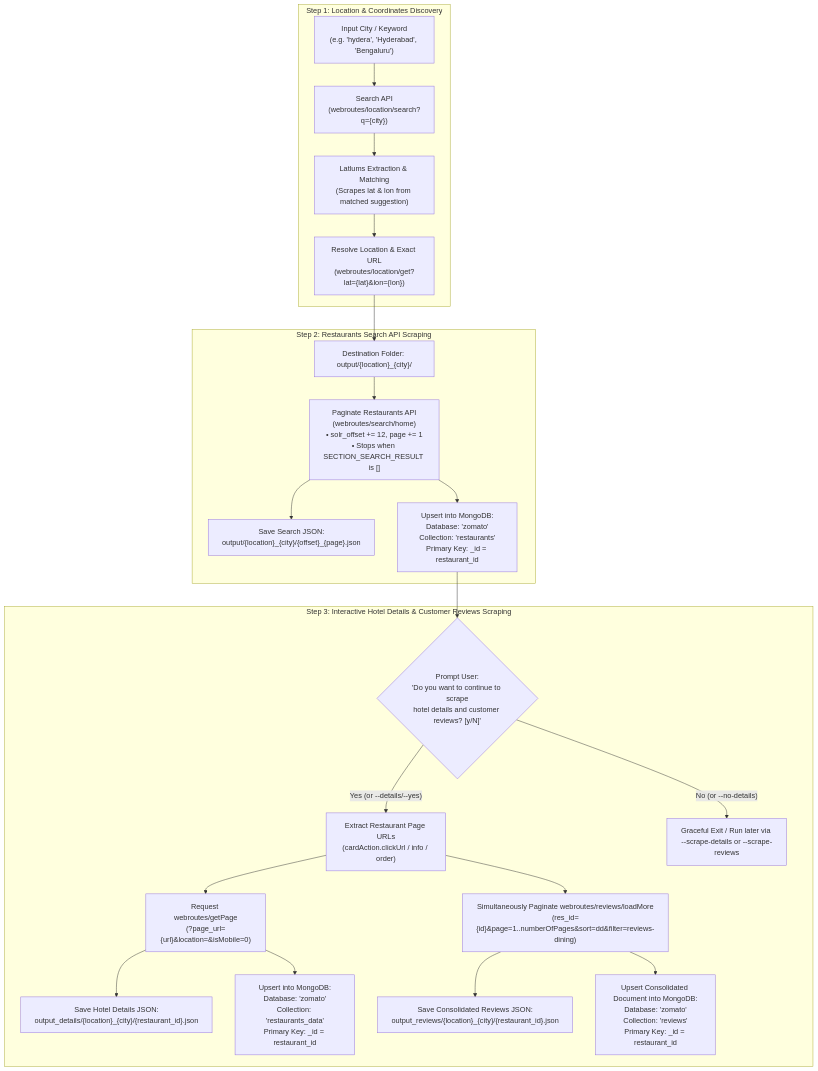
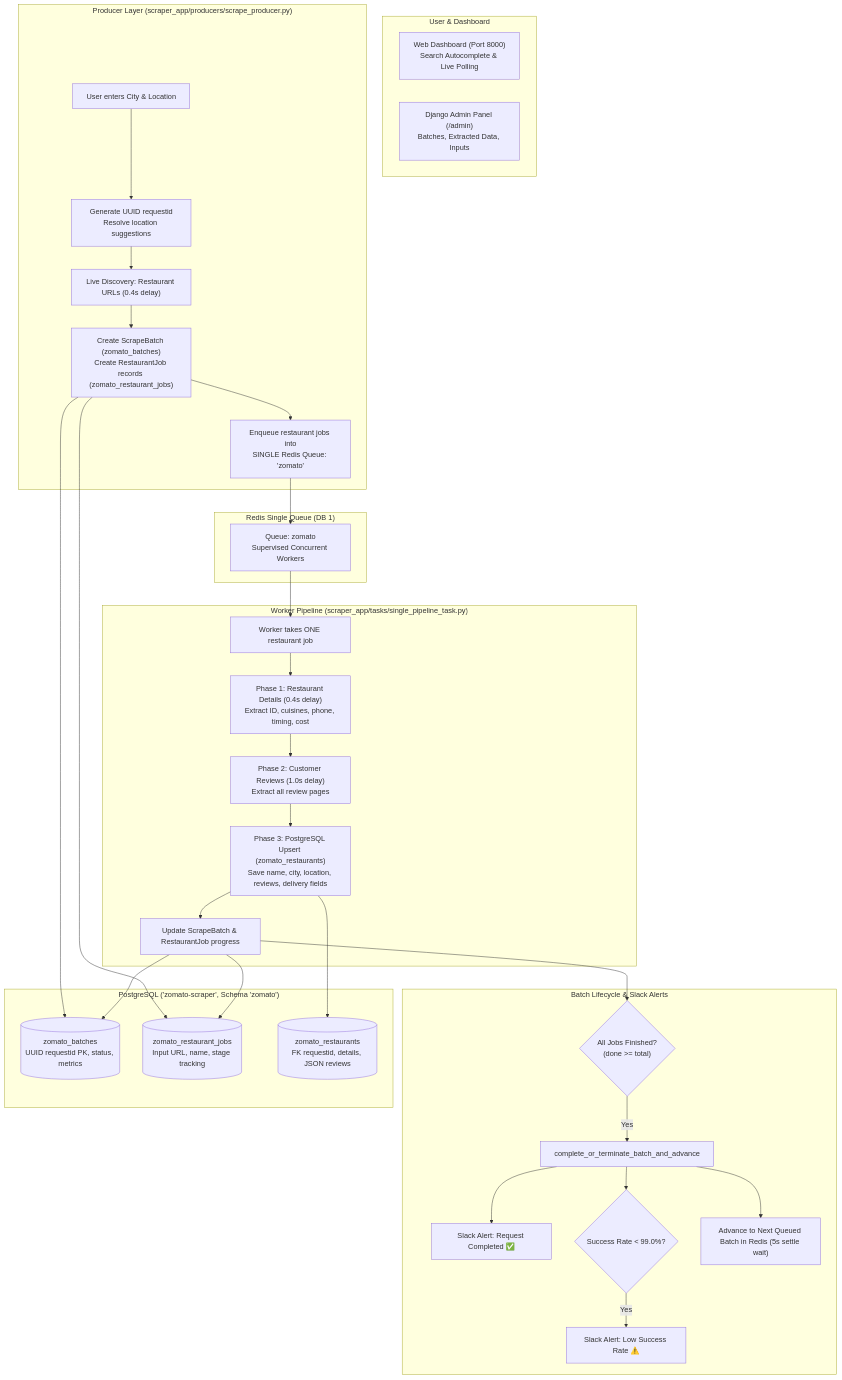
Before and after one commit to sekharchinta/zomato-scraper: the diagram in README.md, drawn with Mermaid. The commit also changed other lines of this file and 57 other files, not shown here.

Commit message:
feat: single redis queue architecture, postgresql schema, clean admin panel, slack alerts, and sanitized config

````diff
--- a/README.md
+++ b/README.md
@@ -9,27 +35,41 @@
 ```mermaid
 flowchart TD
-    subgraph Step1["Step 1: Location & Coordinates Discovery"]
-        A["Input City / Keyword\n(e.g. 'hydera', 'Hyderabad', 'Bengaluru')"] --> B["Search API\n(webroutes/location/search?q={city})"]
-        B --> C["Latlums Extraction & Matching\n(Scrapes lat & lon from matched suggestion)"]
-        C --> D["Resolve Location & Exact URL\n(webroutes/location/get?lat={lat}&lon={lon})"]
+    subgraph Client["User & Dashboard"]
+        UI["Web Dashboard (Port 8000)\nSearch Autocomplete & Live Polling"]
+        Admin["Django Admin Panel (/admin)\nBatches, Extracted Data, Inputs"]
     end
 
-    subgraph Step2["Step 2: Restaurants Search API Scraping"]
-        D --> E["Destination Folder: output/{location}_{city}/"]
-        E --> F["Paginate Restaurants API\n(webroutes/search/home)\n• solr_offset += 12, page += 1\n• Stops when SECTION_SEARCH_RESULT is []"]
-        F --> G["Save Search JSON:\noutput/{location}_{city}/{offset}_{page}.json"]
-        F --> H["Upsert into MongoDB:\nDatabase: 'zomato'\nCollection: 'restaurants'\nPrimary Key: _id = restaurant_id"]
+    subgraph Producer["Producer Layer (scraper_app/producers/scrape_producer.py)"]
+        A["User enters City & Location"] --> B["Generate UUID requestid\nResolve location suggestions"]
+        B --> C["Live Discovery: Restaurant URLs (0.4s delay)"]
+        C --> D["Create ScrapeBatch (zomato_batches)\nCreate RestaurantJob records (zomato_restaurant_jobs)"]
+        D --> E["Enqueue restaurant jobs into\nSINGLE Redis Queue: 'zomato'"]
     end
 
-    subgraph Step3["Step 3: Interactive Hotel Details & Customer Reviews Scraping"]
-        H --> I{"Prompt User:\n'Do you want to continue to scrape\nhotel details and customer reviews? [y/N]'"}
-        I -- "Yes (or --details/--yes)" --> J["Extract Restaurant Page URLs\n(cardAction.clickUrl / info / order)"]
-        I -- "No (or --no-details)" --> K["Graceful Exit / Run later via --scrape-details or --scrape-reviews"]
-        J --> L["Request webroutes/getPage\n(?page_url={url}&location=&isMobile=0)"]
-        L --> M["Save Hotel Details JSON:\noutput_details/{location}_{city}/{restaurant_id}.json"]
-        L --> N["Upsert into MongoDB:\nDatabase: 'zomato'\nCollection: 'restaurants_data'\nPrimary Key: _id = restaurant_id"]
-        J --> O["Simultaneously Paginate webroutes/reviews/loadMore\n(res_id={id}&page=1..numberOfPages&sort=dd&filter=reviews-dining)"]
-        O --> P["Save Consolidated Reviews JSON:\noutput_reviews/{location}_{city}/{restaurant_id}.json"]
-        O --> Q["Upsert Consolidated Document into MongoDB:\nDatabase: 'zomato'\nCollection: 'reviews'\nPrimary Key: _id = restaurant_id"]
+    subgraph SingleQueue["Redis Single Queue (DB 1)"]
+        E --> Q["Queue: zomato\nSupervised Concurrent Workers"]
+    end
+
+    subgraph WorkerPipeline["Worker Pipeline (scraper_app/tasks/single_pipeline_task.py)"]
+        Q --> W["Worker takes ONE restaurant job"]
+        W --> P1["Phase 1: Restaurant Details (0.4s delay)\nExtract ID, cuisines, phone, timing, cost"]
+        P1 --> P2["Phase 2: Customer Reviews (1.0s delay)\nExtract all review pages"]
+        P2 --> P3["Phase 3: PostgreSQL Upsert (zomato_restaurants)\nSave name, city, location, reviews, delivery fields"]
+        P3 --> UPD["Update ScrapeBatch & RestaurantJob progress"]
+    end
+
+    subgraph Completion["Batch Lifecycle & Slack Alerts"]
+        UPD --> FIN{"All Jobs Finished?\n(done >= total)"}
+        FIN -->|Yes| ADV["complete_or_terminate_batch_and_advance"]
+        ADV --> ALERT1["Slack Alert: Request Completed ✅"]
+        ADV --> CHK{"Success Rate < 99.0%?"}
+        CHK -->|Yes| ALERT2["Slack Alert: Low Success Rate ⚠️"]
+        ADV --> NEXT["Advance to Next Queued Batch in Redis (5s settle wait)"]
+    end
+
+    subgraph Database["PostgreSQL ('zomato-scraper', Schema 'zomato')"]
+        D & UPD --> T1[("zomato_batches\nUUID requestid PK, status, metrics")]
+        D & UPD --> T2[("zomato_restaurant_jobs\nInput URL, name, stage tracking")]
+        P3 --> T3[("zomato_restaurants\nFK requestid, details, JSON reviews")]
     end
 ```
````
